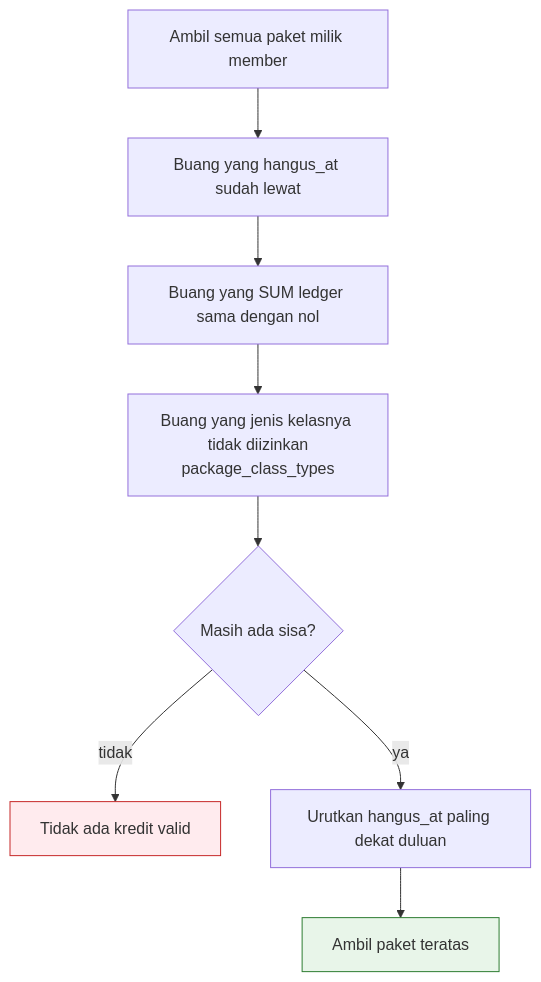
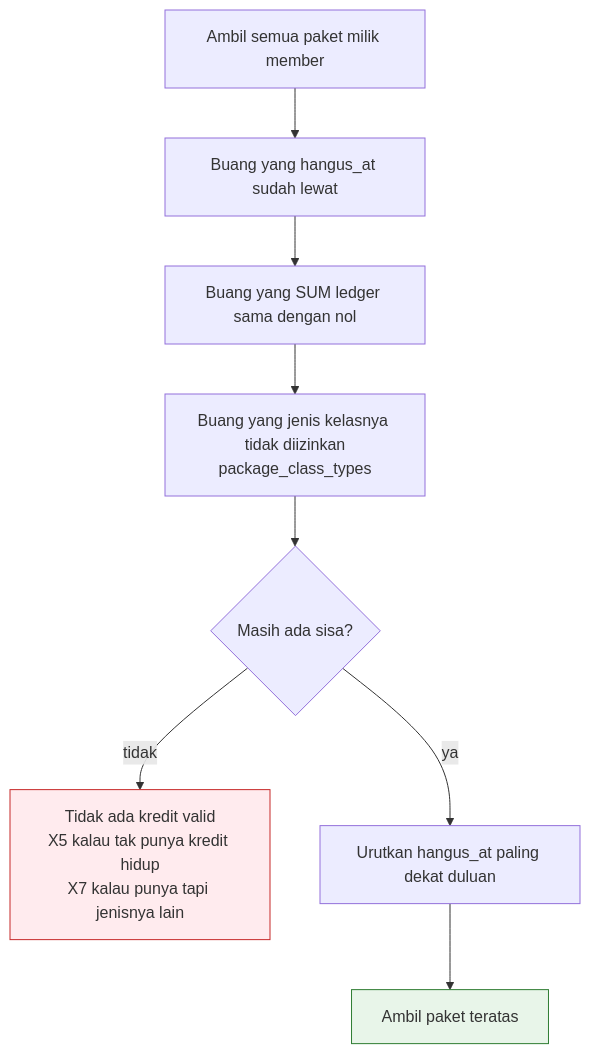
One commit to arikmhm/pilates-booking-system changed the third of 12 diagrams in docs/04-flows.md. Above: the diagram before and after it, drawn with Mermaid. The commit also changed other lines of this file and 5 other files, not shown here.

First line of the commit message:
Kode tolak X7: paket yang jenisnya lain bukan kredit yang habis

````diff
--- a/docs/04-flows.md
+++ b/docs/04-flows.md
@@ -85,13 +93,13 @@
 ```mermaid
 flowchart TD
     A["Ambil semua paket milik member"] --> B["Buang yang hangus_at sudah lewat"]
     B --> C["Buang yang SUM ledger sama dengan nol"]
     C --> D["Buang yang jenis kelasnya tidak diizinkan<br/>package_class_types"]
     D --> E{"Masih ada sisa?"}
-    E -->|tidak| F["Tidak ada kredit valid"]:::tolak
+    E -->|tidak| F["Tidak ada kredit valid<br/>X5 kalau tak punya kredit hidup<br/>X7 kalau punya tapi jenisnya lain"]:::tolak
     E -->|ya| G["Urutkan hangus_at paling dekat duluan"]
     G --> H["Ambil paket teratas"]:::sukses
 
     classDef tolak fill:#ffebee,stroke:#c62828
     classDef sukses fill:#e8f5e9,stroke:#2e7d32
 ```
````
